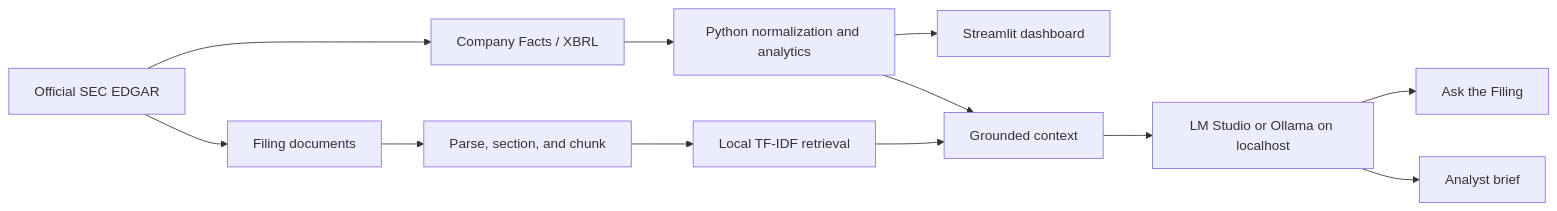
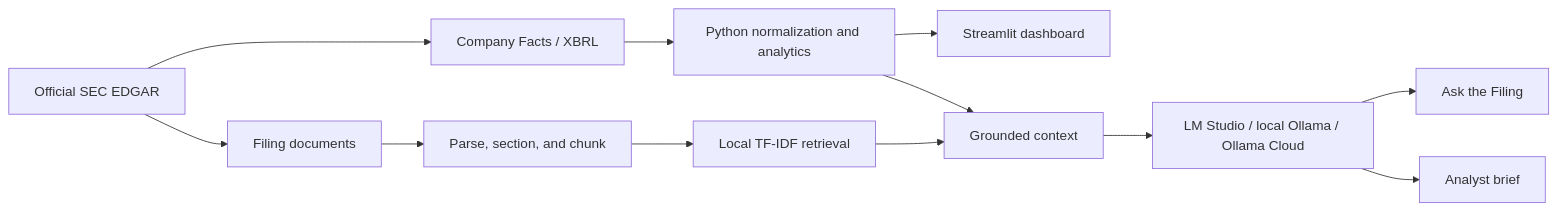
One commit to asapino308/FilingLens changed the diagram in README.md. Above: the diagram before and after it, drawn with Mermaid. The commit also changed other lines of this file and 126 other files, not shown here.

````diff
--- a/README.md
+++ b/README.md
@@ -25,14 +38,14 @@
 ```mermaid
 flowchart LR
     SEC[Official SEC EDGAR] --> XBRL[Company Facts / XBRL]
     SEC --> DOCS[Filing documents]
     XBRL --> PY[Python normalization and analytics]
     PY --> DASH[Streamlit dashboard]
     DOCS --> PARSE[Parse, section, and chunk]
     PARSE --> RET[Local TF-IDF retrieval]
     RET --> CTX[Grounded context]
     PY --> CTX
-    CTX --> LM[LM Studio or Ollama on localhost]
+    CTX --> LM[LM Studio / local Ollama / Ollama Cloud]
     LM --> QA[Ask the Filing]
     LM --> BRIEF[Analyst brief]
 ```
````
